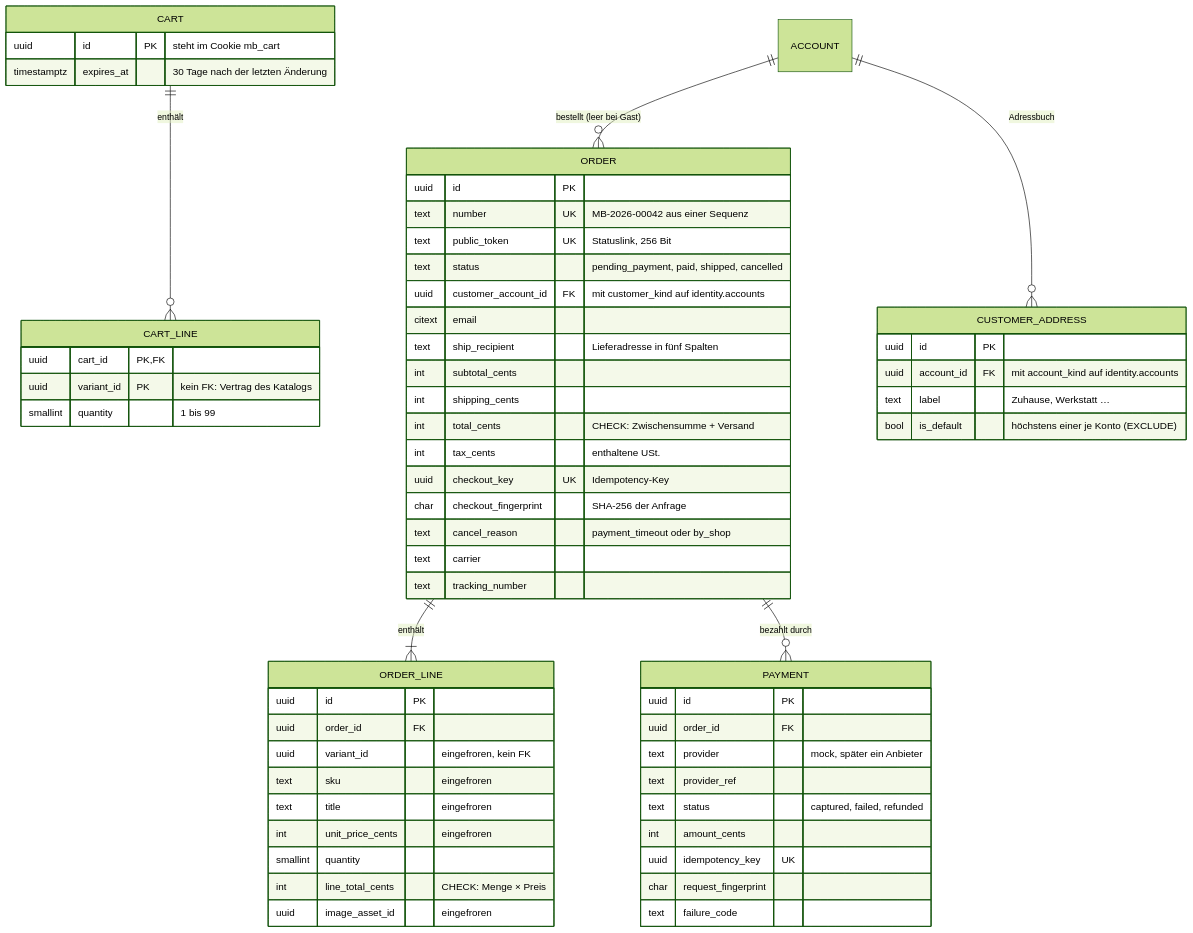
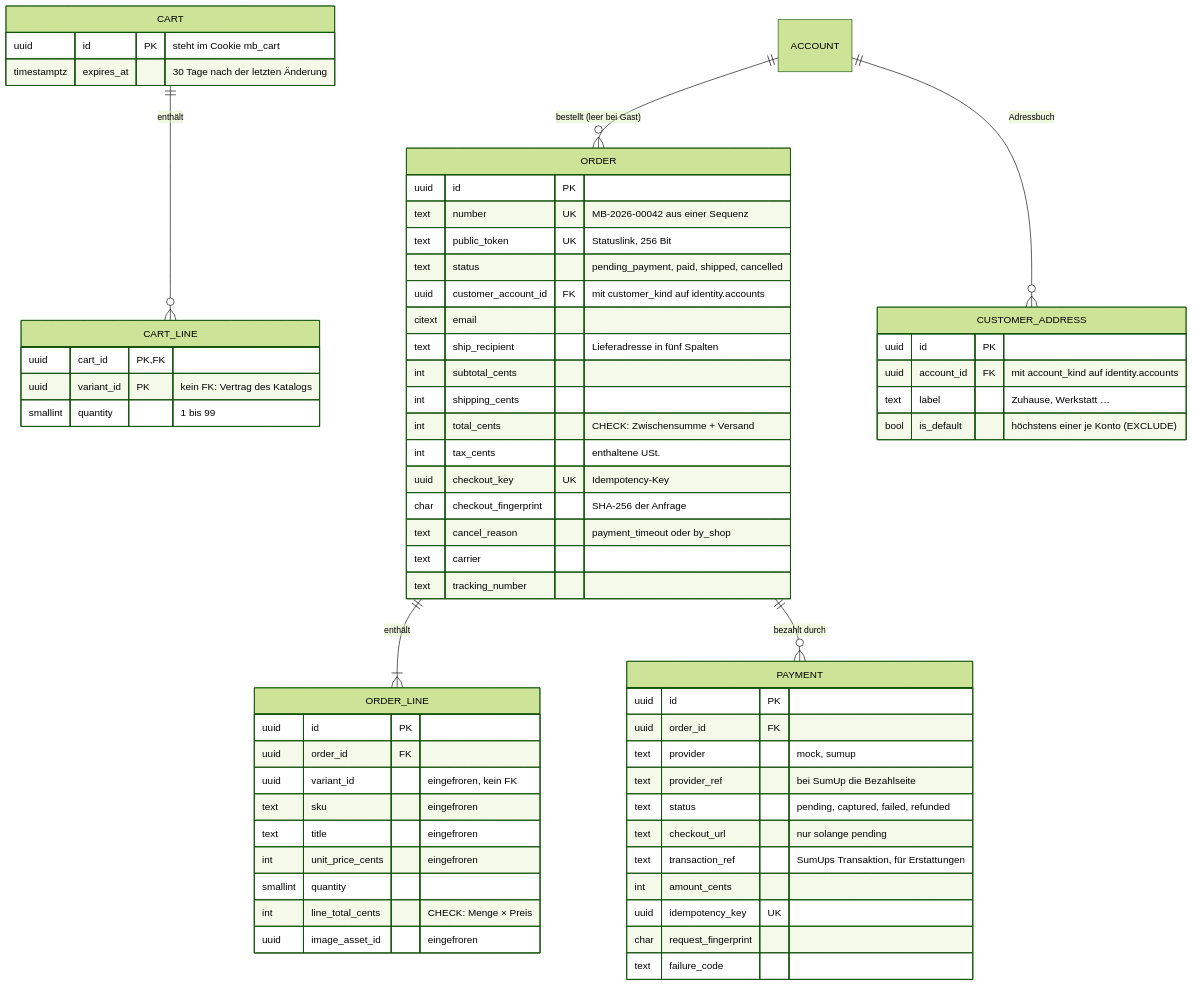
One commit to nelebolsewig-droid/modellbahn-shop changed the sixth of 8 diagrams in docs/KONZEPT.md. Above: the diagram before and after it, drawn with Mermaid (forest theme). The commit also changed other lines of this file and 53 other files, not shown here.

First line of the commit message:
Zahlung mit SumUp Online: Bezahlseite bei SumUp, Abgleich über Rückkehr, Meldung und Worker

````diff
--- a/docs/KONZEPT.md
+++ b/docs/KONZEPT.md
@@ -727,64 +727,66 @@
 ```mermaid
 erDiagram
     CART ||--o{ CART_LINE : "enthält"
     ORDER ||--|{ ORDER_LINE : "enthält"
     ORDER ||--o{ PAYMENT : "bezahlt durch"
     ACCOUNT ||--o{ ORDER : "bestellt (leer bei Gast)"
     ACCOUNT ||--o{ CUSTOMER_ADDRESS : "Adressbuch"
 
     CART {
         uuid id PK "steht im Cookie mb_cart"
         timestamptz expires_at "30 Tage nach der letzten Änderung"
     }
     CART_LINE {
         uuid cart_id PK, FK
         uuid variant_id PK "kein FK: Vertrag des Katalogs"
         smallint quantity "1 bis 99"
     }
     ORDER {
         uuid id PK
         text number UK "MB-2026-00042 aus einer Sequenz"
         text public_token UK "Statuslink, 256 Bit"
         text status "pending_payment, paid, shipped, cancelled"
         uuid customer_account_id FK "mit customer_kind auf identity.accounts"
         citext email
         text ship_recipient "Lieferadresse in fünf Spalten"
         int subtotal_cents
         int shipping_cents
         int total_cents "CHECK: Zwischensumme + Versand"
         int tax_cents "enthaltene USt."
         uuid checkout_key UK "Idempotency-Key"
         char checkout_fingerprint "SHA-256 der Anfrage"
         text cancel_reason "payment_timeout oder by_shop"
         text carrier
         text tracking_number
     }
     ORDER_LINE {
         uuid id PK
         uuid order_id FK
         uuid variant_id "eingefroren, kein FK"
         text sku "eingefroren"
         text title "eingefroren"
         int unit_price_cents "eingefroren"
         smallint quantity
         int line_total_cents "CHECK: Menge × Preis"
         uuid image_asset_id "eingefroren"
     }
     PAYMENT {
         uuid id PK
         uuid order_id FK
-        text provider "mock, später ein Anbieter"
-        text provider_ref
-        text status "captured, failed, refunded"
+        text provider "mock, sumup"
+        text provider_ref "bei SumUp die Bezahlseite"
+        text status "pending, captured, failed, refunded"
+        text checkout_url "nur solange pending"
+        text transaction_ref "SumUps Transaktion, für Erstattungen"
         int amount_cents
         uuid idempotency_key UK
         char request_fingerprint
         text failure_code
     }
     CUSTOMER_ADDRESS {
         uuid id PK
         uuid account_id FK "mit account_kind auf identity.accounts"
         text label "Zuhause, Werkstatt …"
         bool is_default "höchstens einer je Konto (EXCLUDE)"
     }
 ```
````
